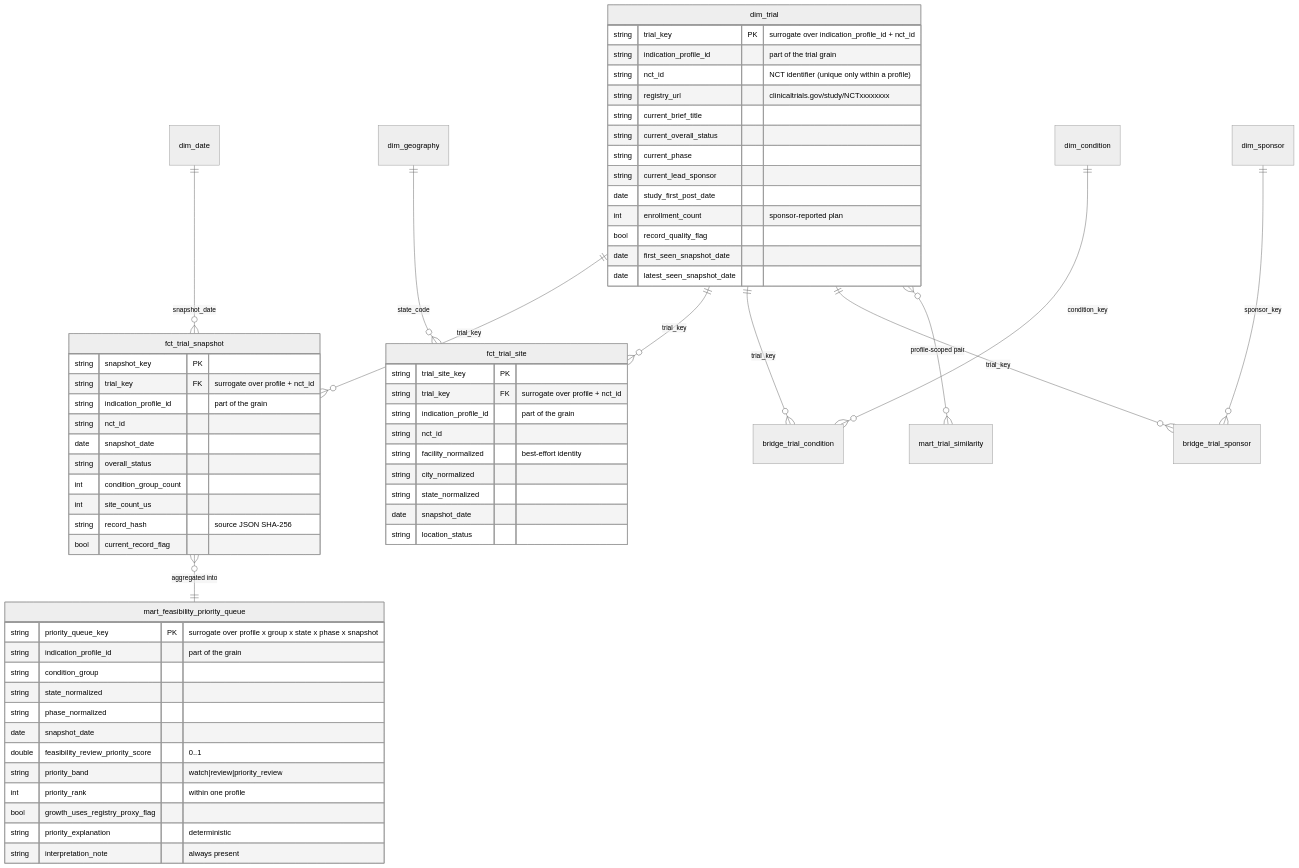
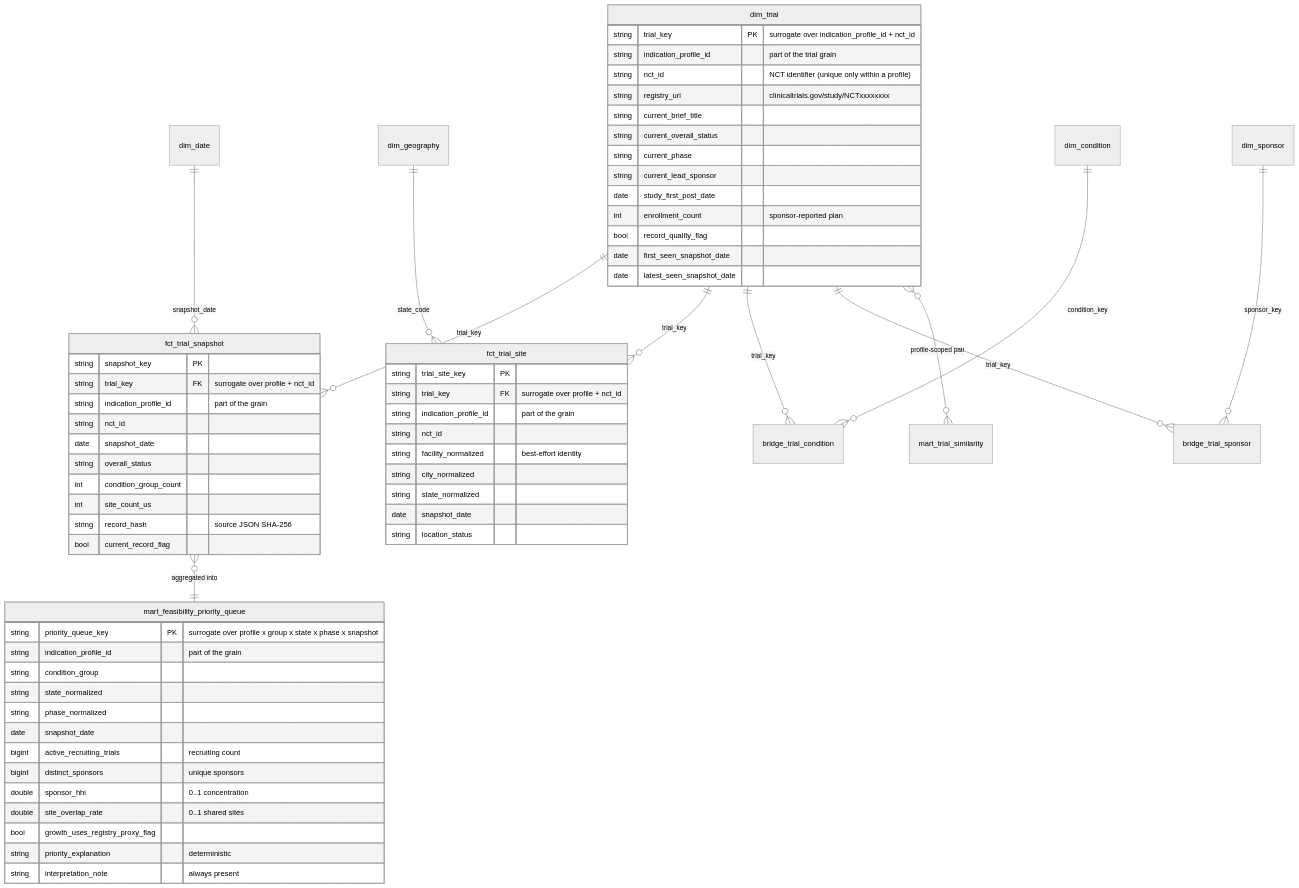
The sixth of 10 diagrams in PROJECT_DOCUMENTATION.md (ne1cc/cti-dashboard), drawn with Mermaid (neutral theme) before and after one commit. The commit also changed other lines of this file and 42 other files, not shown here.

````diff
--- a/PROJECT_DOCUMENTATION.md
+++ b/PROJECT_DOCUMENTATION.md
@@ -457,66 +455,67 @@
 ```mermaid
 erDiagram
     dim_trial ||--o{ fct_trial_snapshot : "trial_key"
     dim_trial ||--o{ fct_trial_site : "trial_key"
     dim_trial ||--o{ bridge_trial_condition : "trial_key"
     dim_trial ||--o{ bridge_trial_sponsor : "trial_key"
     dim_condition ||--o{ bridge_trial_condition : "condition_key"
     dim_sponsor ||--o{ bridge_trial_sponsor : "sponsor_key"
     dim_geography ||--o{ fct_trial_site : "state_code"
     dim_date ||--o{ fct_trial_snapshot : "snapshot_date"
     fct_trial_snapshot }o--|| mart_feasibility_priority_queue : "aggregated into"
     dim_trial }o--o{ mart_trial_similarity : "profile-scoped pair"
 
     dim_trial {
         string trial_key PK "surrogate over indication_profile_id + nct_id"
         string indication_profile_id "part of the trial grain"
         string nct_id "NCT identifier (unique only within a profile)"
         string registry_url "clinicaltrials.gov/study/NCTxxxxxxxx"
         string current_brief_title
         string current_overall_status
         string current_phase
         string current_lead_sponsor
         date study_first_post_date
         int enrollment_count "sponsor-reported plan"
         bool record_quality_flag
         date first_seen_snapshot_date
         date latest_seen_snapshot_date
     }
     fct_trial_snapshot {
         string snapshot_key PK
         string trial_key FK "surrogate over profile + nct_id"
         string indication_profile_id "part of the grain"
         string nct_id
         date snapshot_date
         string overall_status
         int condition_group_count
         int site_count_us
         string record_hash "source JSON SHA-256"
         bool current_record_flag
     }
     fct_trial_site {
         string trial_site_key PK
         string trial_key FK "surrogate over profile + nct_id"
         string indication_profile_id "part of the grain"
         string nct_id
         string facility_normalized "best-effort identity"
         string city_normalized
         string state_normalized
         date snapshot_date
         string location_status
     }
     mart_feasibility_priority_queue {
         string priority_queue_key PK "surrogate over profile x group x state x phase x snapshot"
         string indication_profile_id "part of the grain"
         string condition_group
         string state_normalized
         string phase_normalized
         date snapshot_date
-        double feasibility_review_priority_score "0..1"
-        string priority_band "watch|review|priority_review"
-        int priority_rank "within one profile"
+        bigint active_recruiting_trials "recruiting count"
+        bigint distinct_sponsors "unique sponsors"
+        double sponsor_hhi "0..1 concentration"
+        double site_overlap_rate "0..1 shared sites"
         bool growth_uses_registry_proxy_flag
         string priority_explanation "deterministic"
         string interpretation_note "always present"
     }
 ```
````
